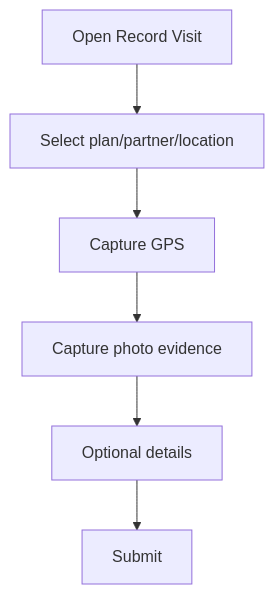
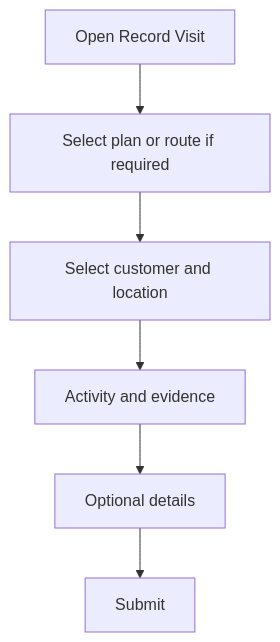
One commit to dancoon-technologies/mazao-group changed the first of 2 diagrams in docs/wiki/Mobile-User-Manual.md. Above: the diagram before and after it, drawn with Mermaid. The commit also changed other lines of this file and 5 other files, not shown here.

````diff
--- a/docs/wiki/Mobile-User-Manual.md
+++ b/docs/wiki/Mobile-User-Manual.md
@@ -35,8 +41,8 @@
 ```mermaid
 flowchart TD
-  A[Open Record Visit] --> B[Select plan/partner/location]
-  B --> C[Capture GPS]
-  C --> D[Capture photo evidence]
+  A[Open Record Visit] --> B[Select plan or route if required]
+  B --> C[Select customer and location]
+  C --> D[Activity and evidence]
   D --> E[Optional details]
   E --> F[Submit]
 ```
````
